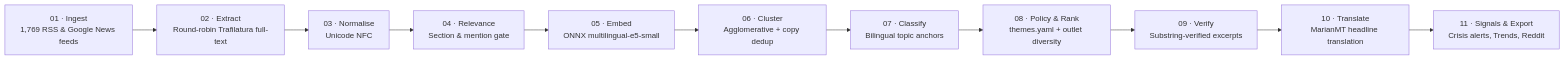
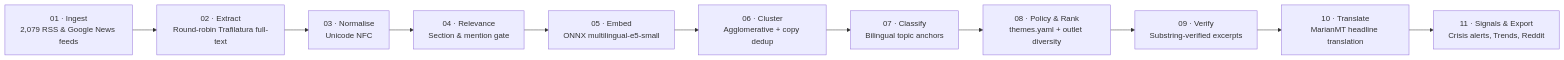
Before and after one commit to gergkar-gif/argos-monitor: the diagram in README.md, drawn with Mermaid. The commit also changed other lines of this file and 108 other files, not shown here.

````diff
--- a/README.md
+++ b/README.md
@@ -39,13 +39,13 @@
 ```mermaid
 flowchart LR
-    A["01 · Ingest<br/>1,769 RSS & Google News feeds"] --> B["02 · Extract<br/>Round-robin Trafilatura full-text"]
+    A["01 · Ingest<br/>2,079 RSS & Google News feeds"] --> B["02 · Extract<br/>Round-robin Trafilatura full-text"]
     B --> C["03 · Normalise<br/>Unicode NFC"]
     C --> D["04 · Relevance<br/>Section & mention gate"]
     D --> E["05 · Embed<br/>ONNX multilingual-e5-small"]
     E --> F["06 · Cluster<br/>Agglomerative + copy dedup"]
     F --> G["07 · Classify<br/>Bilingual topic anchors"]
     G --> H["08 · Policy & Rank<br/>themes.yaml + outlet diversity"]
     H --> I["09 · Verify<br/>Substring-verified excerpts"]
     I --> J["10 · Translate<br/>MarianMT headline translation"]
     J --> K["11 · Signals & Export<br/>Crisis alerts, Trends, Reddit"]
 ```
````
